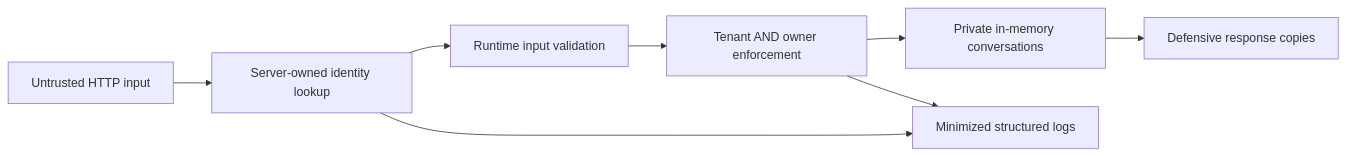
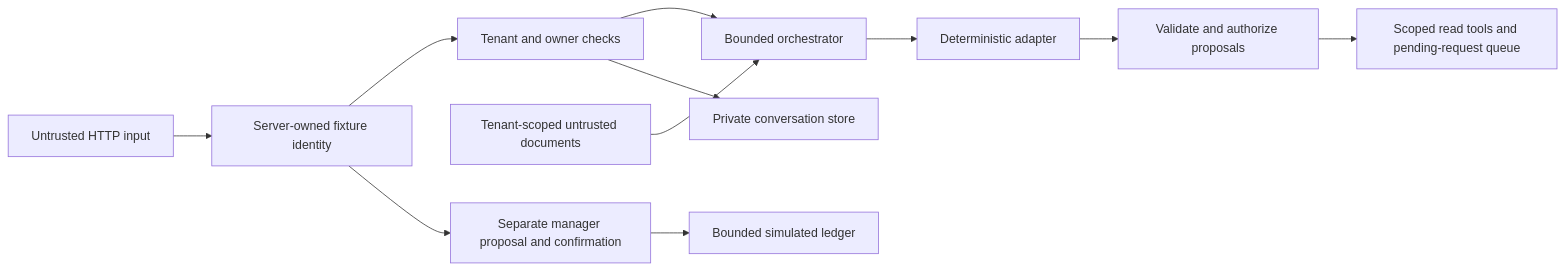
The diagram in README.md (Stark-777/ai-agent-security-lab), drawn with Mermaid before and after one commit. The commit also changed other lines of this file and 18 other files, not shown here.

````diff
--- a/README.md
+++ b/README.md
@@ -46,10 +33,13 @@
 ```mermaid
 flowchart LR
-  Client[Untrusted HTTP input] --> Auth[Server-owned identity lookup]
-  Auth --> Validation[Runtime input validation]
-  Validation --> Repository[Tenant AND owner enforcement]
-  Repository --> Store[Private in-memory conversations]
-  Store --> Response[Defensive response copies]
-  Auth --> Logs[Minimized structured logs]
-  Repository --> Logs
+  Client[Untrusted HTTP input] --> Auth[Server-owned fixture identity]
+  Auth --> Scope[Tenant and owner checks]
+  Scope --> Agent[Bounded orchestrator]
+  Docs[Tenant-scoped untrusted documents] --> Agent
+  Agent --> Model[Deterministic adapter]
+  Model --> Gate[Validate and authorize proposals]
+  Gate --> Tools[Scoped read tools and pending-request queue]
+  Auth --> Review[Separate manager proposal and confirmation]
+  Review --> Ledger[Bounded simulated ledger]
+  Scope --> History[Private conversation store]
 ```
````
